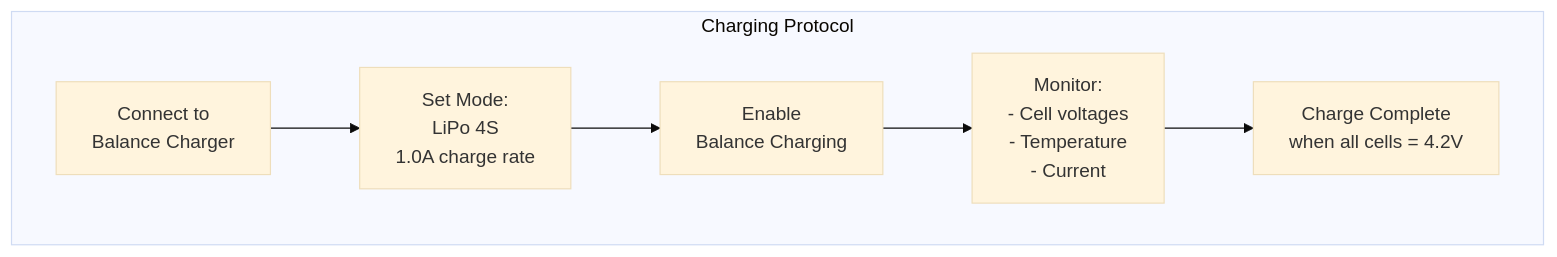
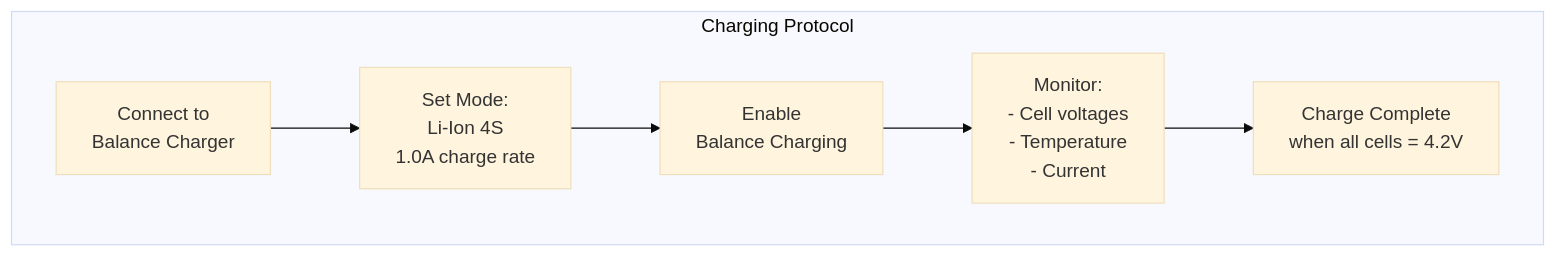
One commit to Bumply/ANKA-IREC-2026 changed the second of 12 diagrams in docs/power-system.md. Above: the diagram before and after it, drawn with Mermaid (base theme). The commit also changed other lines of this file and 4 other files, not shown here.

````diff
--- a/docs/power-system.md
+++ b/docs/power-system.md
@@ -84,12 +99,12 @@
 ```mermaid
 flowchart TB
     subgraph CHARGE["Charging Protocol"]
         START["Connect to<br/>Balance Charger"]
-        SET["Set Mode:<br/>LiPo 4S<br/>1.0A charge rate"]
+        SET["Set Mode:<br/>Li-Ion 4S<br/>1.0A charge rate"]
         BALANCE["Enable<br/>Balance Charging"]
         MONITOR["Monitor:<br/>- Cell voltages<br/>- Temperature<br/>- Current"]
         COMPLETE["Charge Complete<br/>when all cells = 4.2V"]
     end
 
     START --> SET --> BALANCE --> MONITOR --> COMPLETE
 ```
````
